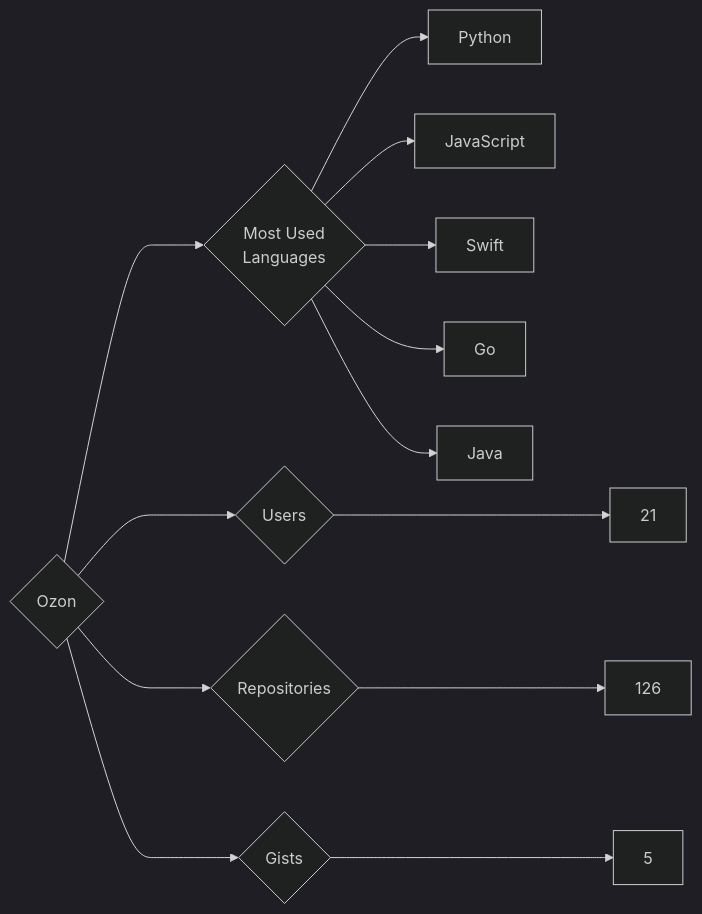
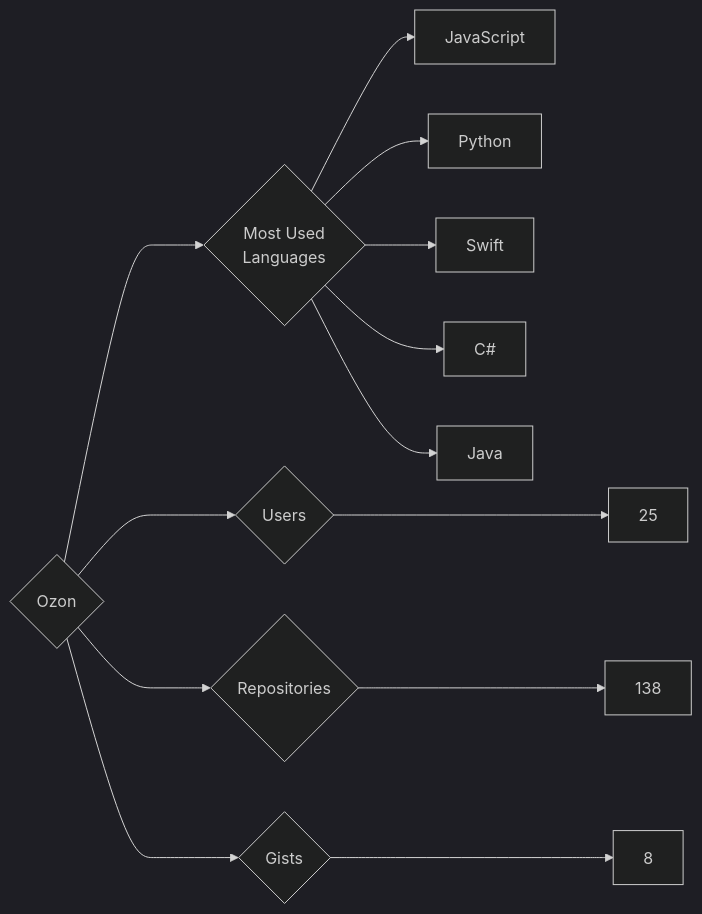
The diagram in targets/Ozon/README.md (trickest/insiders), drawn with Mermaid (dark theme) before and after one commit. The commit also changed 964 other files, not shown here.

````diff
--- a/targets/Ozon/README.md
+++ b/targets/Ozon/README.md
@@ -3,13 +3,13 @@
 ```mermaid
 graph LR
 COMPANY_NAME{Ozon}
-COMPANY_NAME ---> U{Users} ---> UN[21]
-COMPANY_NAME ---> R{Repositories} ---> RN[126]
-COMPANY_NAME ---> G{Gists} ---> GN[5]
+COMPANY_NAME ---> U{Users} ---> UN[25]
+COMPANY_NAME ---> R{Repositories} ---> RN[138]
+COMPANY_NAME ---> G{Gists} ---> GN[8]
 COMPANY_NAME ---> ML{Most Used<br>Languages}
+ML --> JavaScript[JavaScript]
 ML --> Python[Python]
-ML --> JavaScript[JavaScript]
 ML --> Swift[Swift]
-ML --> Go[Go]
+ML --> C#[C#]
 ML --> Java[Java]
 ```
````
